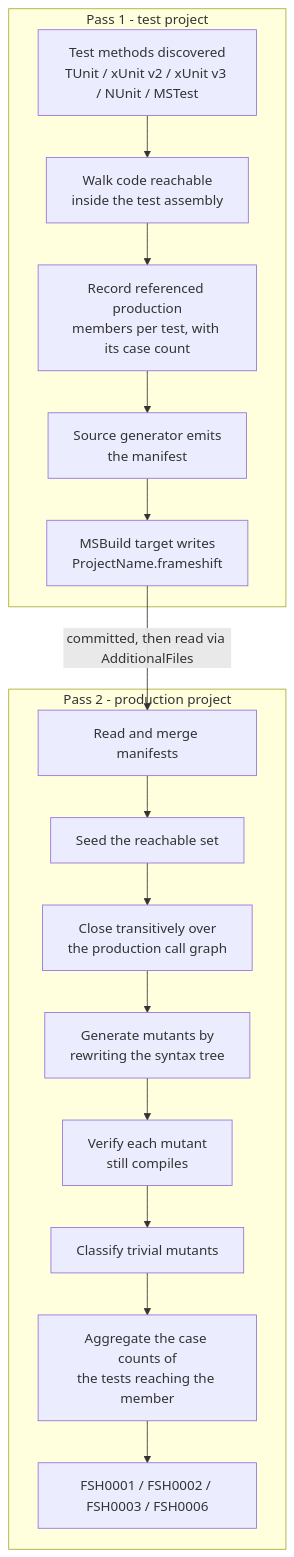
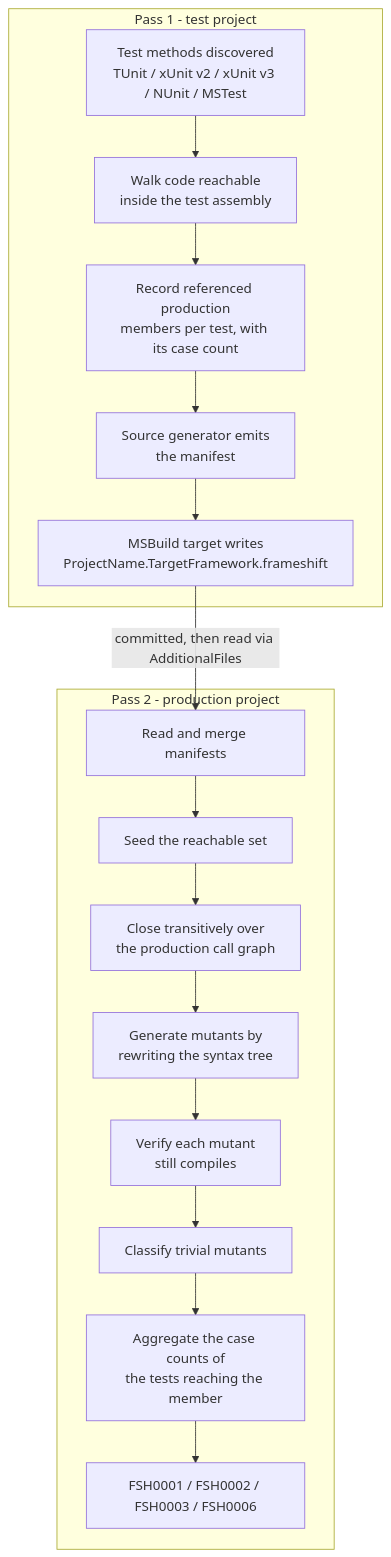
The diagram in src/NetEvolve.FrameShift/README.md (dailydevops/frameshift), drawn with Mermaid before and after one commit. The commit also changed other lines of this file and 13 other files, not shown here.

First line of the commit message:
feat(manifest): key the test-surface manifest by target framework and auto-resolve it from ProjectReference (#111)

````diff
--- a/src/NetEvolve.FrameShift/README.md
+++ b/src/NetEvolve.FrameShift/README.md
@@ -269,21 +287,21 @@
 ```mermaid
 flowchart TD
     subgraph pass1["Pass 1 - test project"]
         A["Test methods discovered<br/>TUnit / xUnit v2 / xUnit v3 / NUnit / MSTest"] --> B["Walk code reachable<br/>inside the test assembly"]
         B --> C["Record referenced production<br/>members per test, with its case count"]
         C --> D["Source generator emits<br/>the manifest"]
-        D --> E["MSBuild target writes<br/>ProjectName.frameshift"]
+        D --> E["MSBuild target writes<br/>ProjectName.TargetFramework.frameshift"]
     end
 
     E -->|"committed, then read via AdditionalFiles"| F
 
     subgraph pass2["Pass 2 - production project"]
         F["Read and merge manifests"] --> G["Seed the reachable set"]
         G --> H["Close transitively over<br/>the production call graph"]
         H --> I["Generate mutants by<br/>rewriting the syntax tree"]
         I --> J["Verify each mutant<br/>still compiles"]
         J --> K["Classify trivial mutants"]
         K --> M["Aggregate the case counts of<br/>the tests reaching the member"]
         M --> L["FSH0001 / FSH0002 / FSH0003 / FSH0006"]
     end
 ```
````
